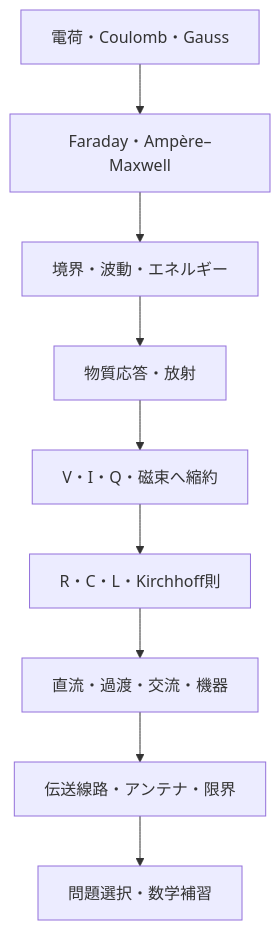
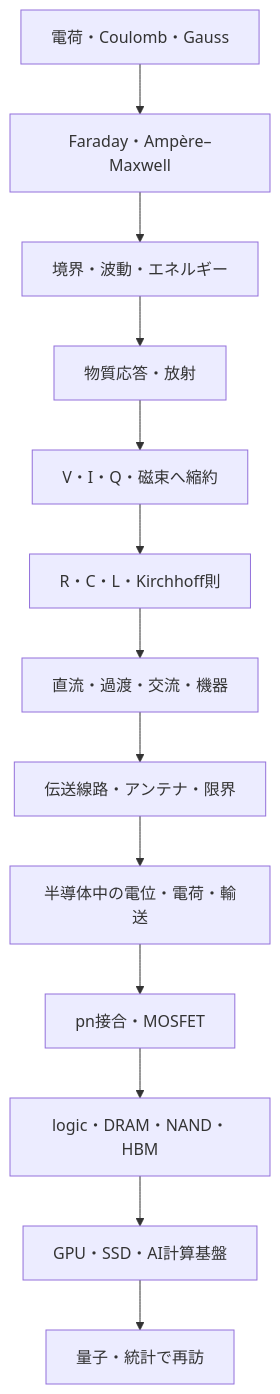
One commit to daysUlab/Learning_with_Codex changed the diagram in physics_tower/02_electromagnetism/00_overview.md. Above: the diagram before and after it, drawn with Mermaid. The commit also changed other lines of this file and 49 other files, not shown here.

````diff
--- a/physics_tower/02_electromagnetism/00_overview.md
+++ b/physics_tower/02_electromagnetism/00_overview.md
@@ -33,11 +33,15 @@
 ```mermaid
 flowchart TD
   A["電荷・Coulomb・Gauss"] --> B["Faraday・Ampère–Maxwell"]
   B --> C["境界・波動・エネルギー"]
   C --> D["物質応答・放射"]
   D --> E["V・I・Q・磁束へ縮約"]
   E --> F["R・C・L・Kirchhoff則"]
   F --> G["直流・過渡・交流・機器"]
   G --> H["伝送線路・アンテナ・限界"]
-  H --> I["問題選択・数学補習"]
+  H --> I["半導体中の電位・電荷・輸送"]
+  I --> J["pn接合・MOSFET"]
+  J --> K["logic・DRAM・NAND・HBM"]
+  K --> L["GPU・SSD・AI計算基盤"]
+  L --> M["量子・統計で再訪"]
 ```
````
